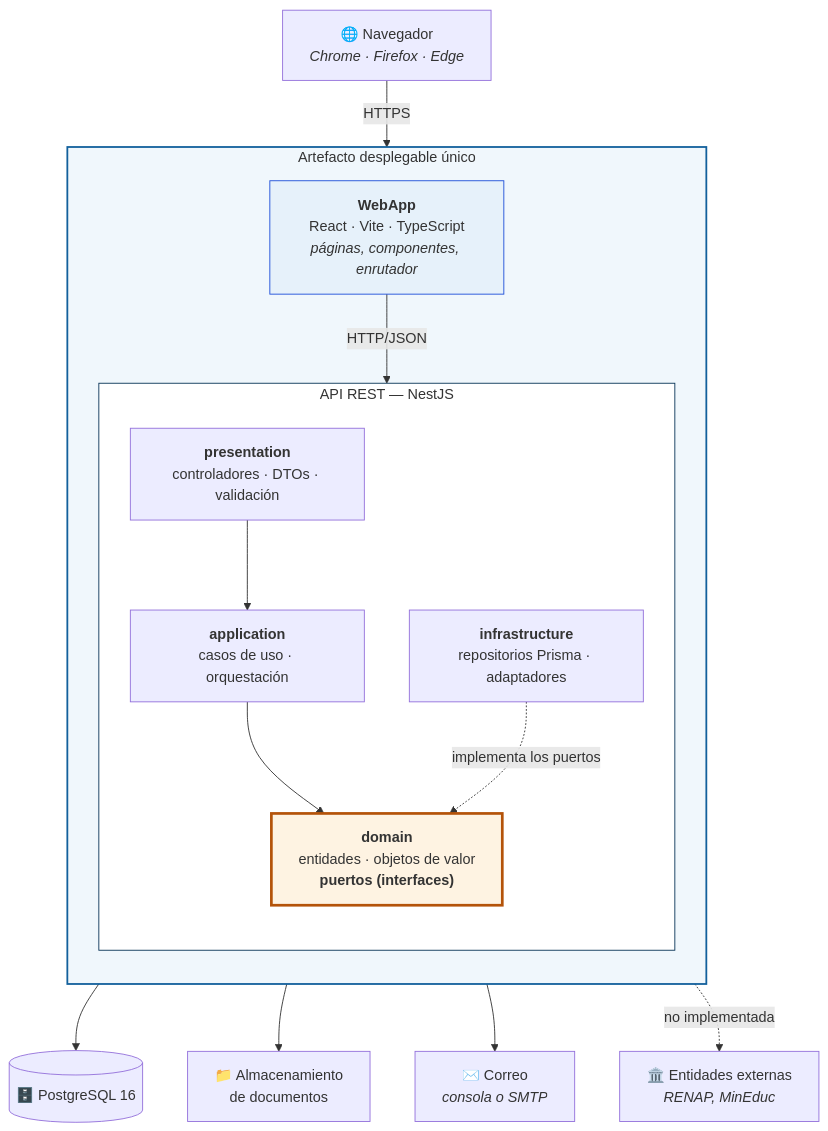
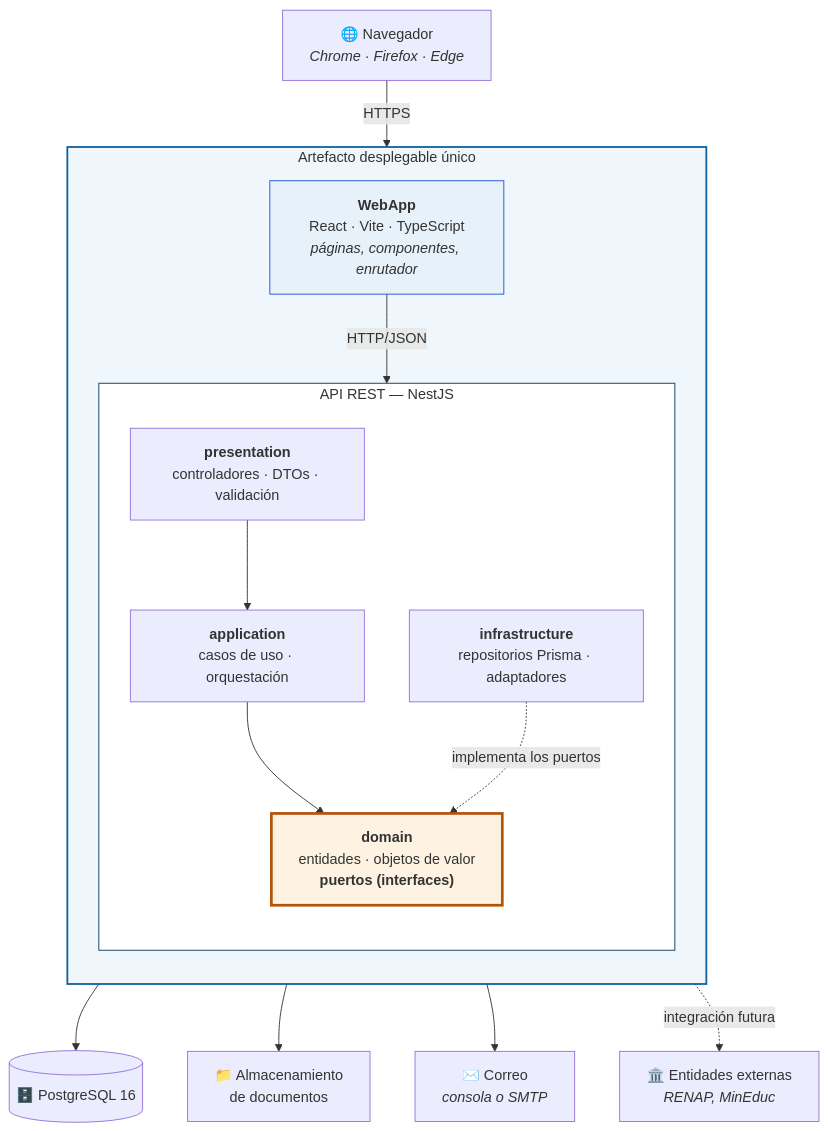
One commit to Isacasvas123/proyecto-becas changed the first of 3 diagrams in docs/diagramas/02-componentes.md. Above: the diagram before and after it, drawn with Mermaid. The commit also changed 3 other files, not shown here.

Commit message:
docs: actualizar los diagramas de casos de uso y de componentes con CU-18 a CU-21

````diff
--- a/docs/diagramas/02-componentes.md
+++ b/docs/diagramas/02-componentes.md
@@ -17,38 +17,38 @@
 ```mermaid
 flowchart TB
     NAV["🌐 Navegador<br/><i>Chrome · Firefox · Edge</i>"]
 
     subgraph DESPLIEGUE["Artefacto desplegable único"]
         direction TB
 
         WEB["<b>WebApp</b><br/>React · Vite · TypeScript<br/><i>páginas, componentes, enrutador</i>"]
 
         subgraph API["API REST — NestJS"]
             direction TB
             PRES["<b>presentation</b><br/>controladores · DTOs · validación"]
             APLI["<b>application</b><br/>casos de uso · orquestación"]
             DOMI["<b>domain</b><br/>entidades · objetos de valor<br/><b>puertos (interfaces)</b>"]
             INFR["<b>infrastructure</b><br/>repositorios Prisma · adaptadores"]
         end
     end
 
     BD[("🗄️ PostgreSQL 16")]
     ALM["📁 Almacenamiento<br/>de documentos"]
     NOTI["✉️ Correo<br/><i>consola o SMTP</i>"]
     EXT["🏛️ Entidades externas<br/><i>RENAP, MinEduc</i>"]
 
     NAV -->|HTTPS| WEB
     WEB -->|"HTTP/JSON"| PRES
     PRES --> APLI
     APLI --> DOMI
     INFR -.->|implementa los puertos| DOMI
     INFR --> BD
     INFR --> ALM
     INFR --> NOTI
-    INFR -.->|no implementada| EXT
+    INFR -.->|integración futura| EXT
 
     style DOMI fill:#fef3e2,stroke:#b45309,stroke-width:3px
     style DESPLIEGUE fill:#f0f7fc,stroke:#12609c,stroke-width:2px
     style API fill:#ffffff,stroke:#0a3558
     style WEB fill:#e6f1fa,stroke:#1d4ed8
 ```
````
